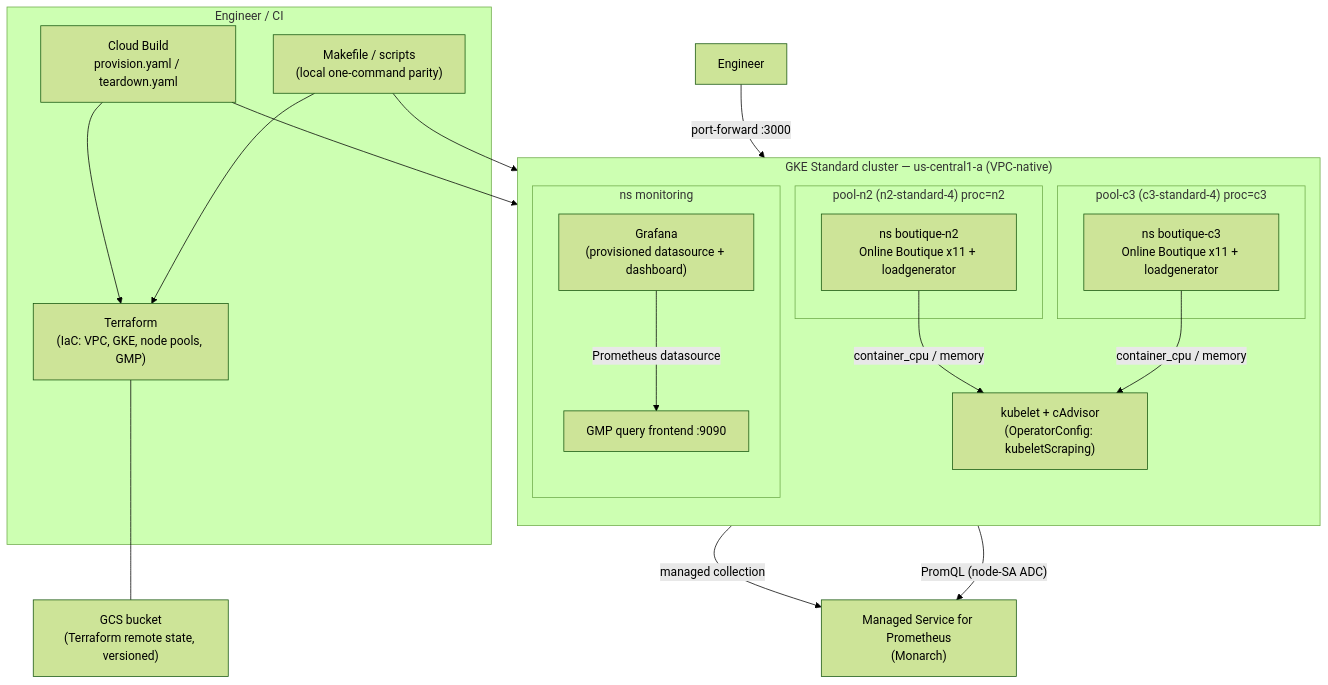
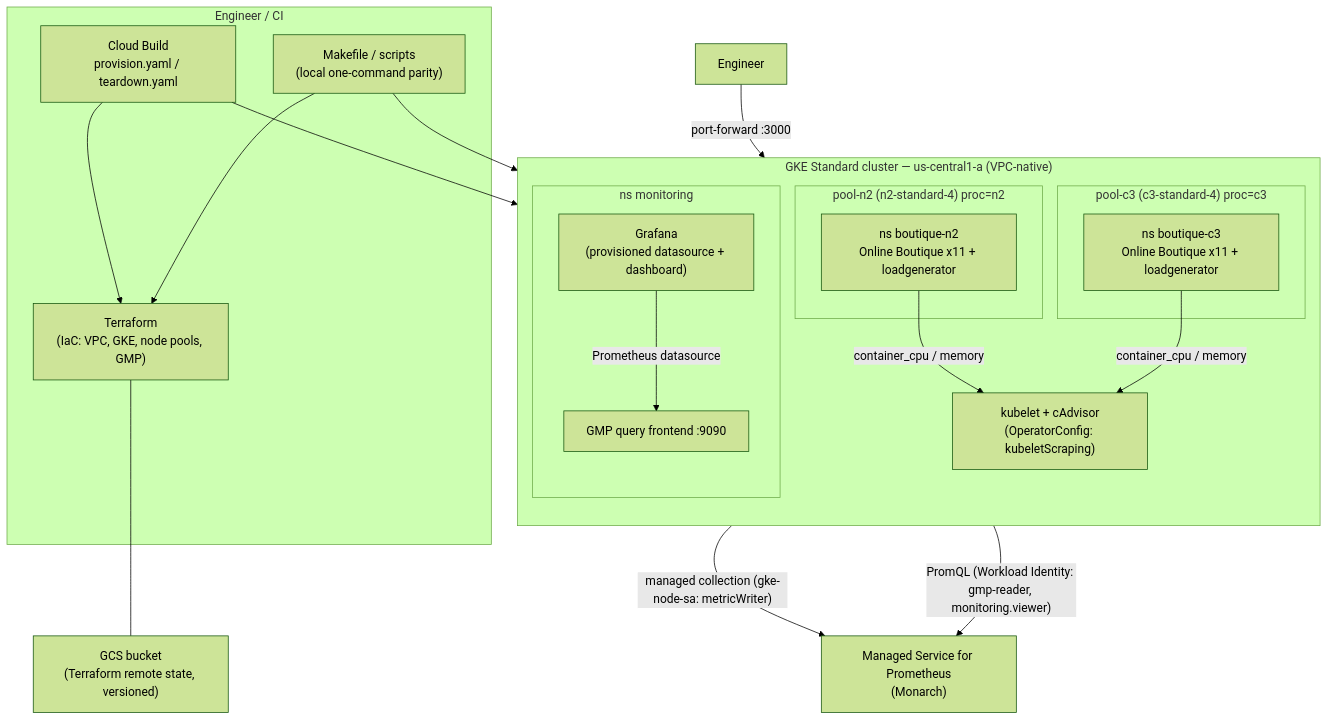
One commit to crislemus/online-boutique-benchmark changed the diagram in docs/architecture-automation.md. Above: the diagram before and after it, drawn with Mermaid (forest theme). The commit also changed other lines of this file and 17 other files, not shown here.

First line of the commit message:
Harden to Workload Identity + least-privilege SAs; add comparison charts

````diff
--- a/docs/architecture-automation.md
+++ b/docs/architecture-automation.md
@@ -14,37 +14,37 @@
 ```mermaid
 flowchart TB
     subgraph Dev["Engineer / CI"]
         TF["Terraform<br/>(IaC: VPC, GKE, node pools, GMP)"]
         CB["Cloud Build<br/>provision.yaml / teardown.yaml"]
         MK["Makefile / scripts<br/>(local one-command parity)"]
     end
 
     GCS["GCS bucket<br/>(Terraform remote state, versioned)"]
     TF --- GCS
 
     subgraph GKE["GKE Standard cluster — us-central1-a (VPC-native)"]
         direction TB
         subgraph N2["pool-n2 (n2-standard-4) proc=n2"]
             OBN["ns boutique-n2<br/>Online Boutique x11 + loadgenerator"]
         end
         subgraph C3["pool-c3 (c3-standard-4) proc=c3"]
             OBC["ns boutique-c3<br/>Online Boutique x11 + loadgenerator"]
         end
         subgraph MON["ns monitoring"]
             FE["GMP query frontend :9090"]
             GRAF["Grafana<br/>(provisioned datasource + dashboard)"]
         end
         KUBELET["kubelet + cAdvisor<br/>(OperatorConfig: kubeletScraping)"]
     end
 
     CB --> TF
     CB --> GKE
     MK --> TF
     MK --> GKE
     OBN -- "container_cpu / memory" --> KUBELET
     OBC -- "container_cpu / memory" --> KUBELET
-    KUBELET -- "managed collection" --> MONARCH["Managed Service for Prometheus<br/>(Monarch)"]
-    FE -- "PromQL (node-SA ADC)" --> MONARCH
+    KUBELET -- "managed collection (gke-node-sa: metricWriter)" --> MONARCH["Managed Service for Prometheus<br/>(Monarch)"]
+    FE -- "PromQL (Workload Identity: gmp-reader, monitoring.viewer)" --> MONARCH
     GRAF -- "Prometheus datasource" --> FE
     USER["Engineer"] -- "port-forward :3000" --> GRAF
 ```
````
